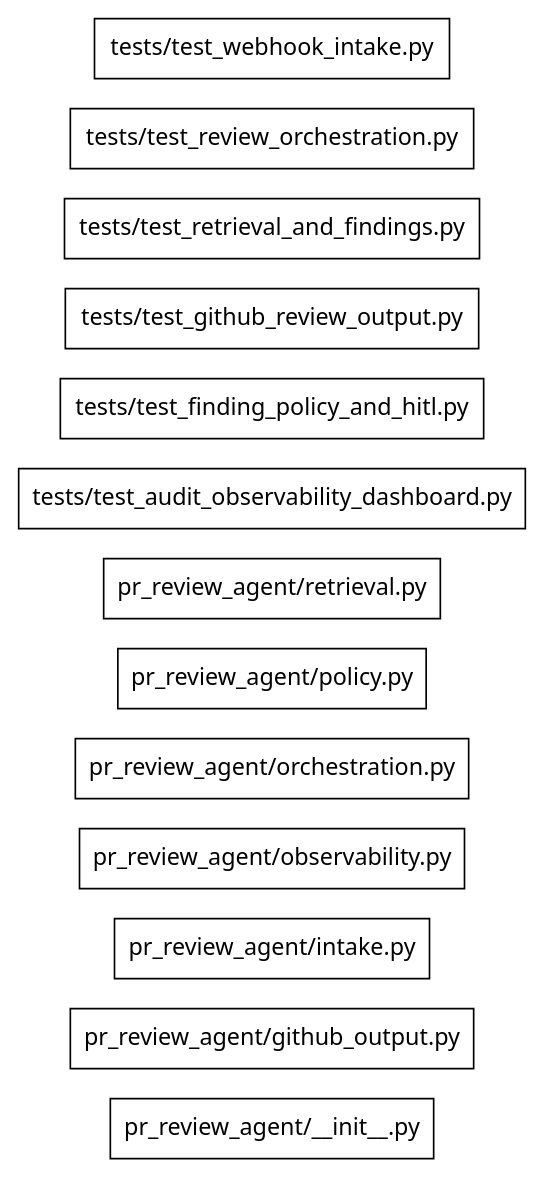
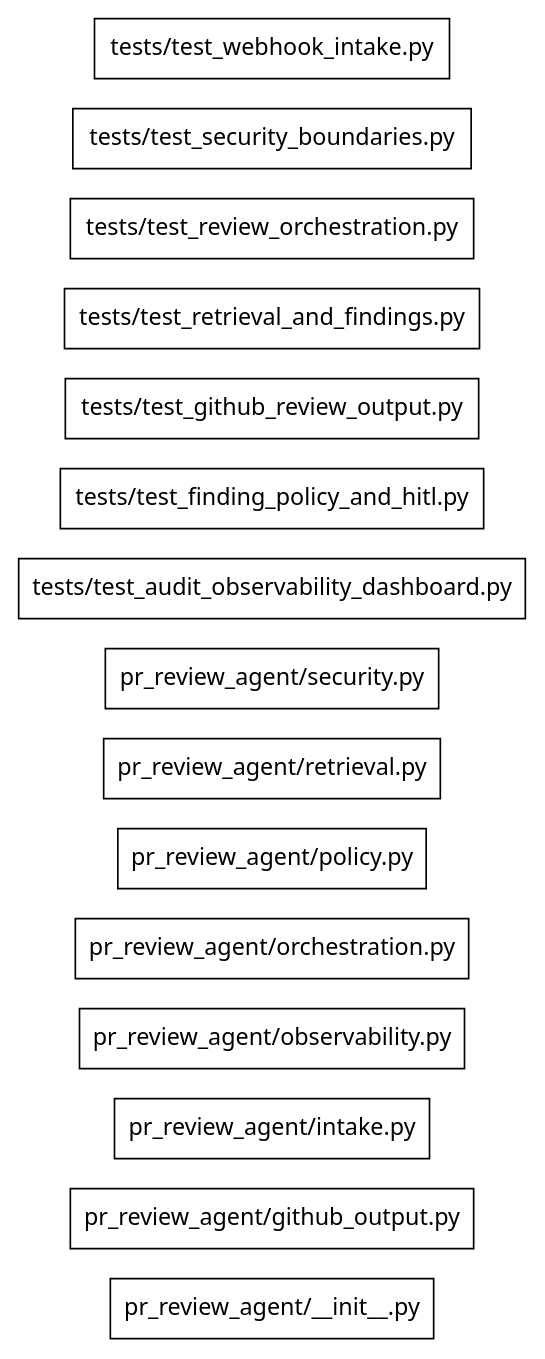
One commit to Ayush-Kant/PR-Review-Agent changed the diagram in .genesis/index/graph.dot. Above: the diagram before and after it, drawn with Graphviz. The commit also changed 13 other files, not shown here.

Commit message:
feat: add security boundaries and prompt injection defenses

```diff
--- a/.genesis/index/graph.dot
+++ b/.genesis/index/graph.dot
@@ -1,18 +1,20 @@
 digraph genesis {
   rankdir=LR;
   node [shape=box,fontname="system-ui"];
   "file:pr_review_agent/__init__.py" [label="pr_review_agent/__init__.py",class="file"];
   "file:pr_review_agent/github_output.py" [label="pr_review_agent/github_output.py",class="file"];
   "file:pr_review_agent/intake.py" [label="pr_review_agent/intake.py",class="file"];
   "file:pr_review_agent/observability.py" [label="pr_review_agent/observability.py",class="file"];
   "file:pr_review_agent/orchestration.py" [label="pr_review_agent/orchestration.py",class="file"];
   "file:pr_review_agent/policy.py" [label="pr_review_agent/policy.py",class="file"];
   "file:pr_review_agent/retrieval.py" [label="pr_review_agent/retrieval.py",class="file"];
+  "file:pr_review_agent/security.py" [label="pr_review_agent/security.py",class="file"];
   "file:tests/test_audit_observability_dashboard.py" [label="tests/test_audit_observability_dashboard.py",class="file"];
   "file:tests/test_finding_policy_and_hitl.py" [label="tests/test_finding_policy_and_hitl.py",class="file"];
   "file:tests/test_github_review_output.py" [label="tests/test_github_review_output.py",class="file"];
   "file:tests/test_retrieval_and_findings.py" [label="tests/test_retrieval_and_findings.py",class="file"];
   "file:tests/test_review_orchestration.py" [label="tests/test_review_orchestration.py",class="file"];
+  "file:tests/test_security_boundaries.py" [label="tests/test_security_boundaries.py",class="file"];
   "file:tests/test_webhook_intake.py" [label="tests/test_webhook_intake.py",class="file"];
 
 }
```
